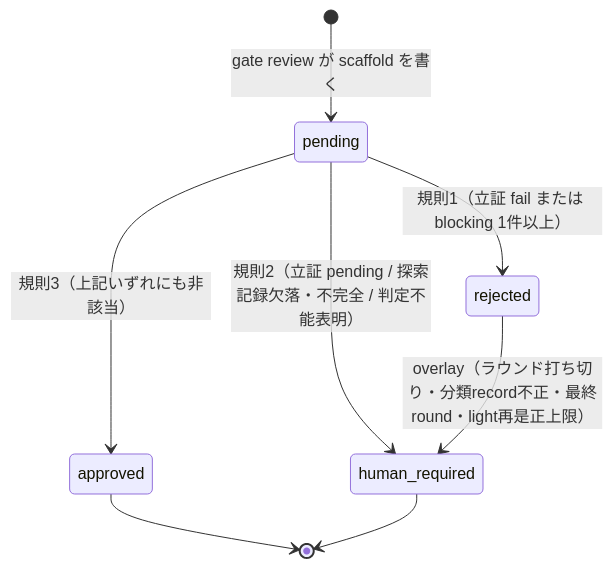
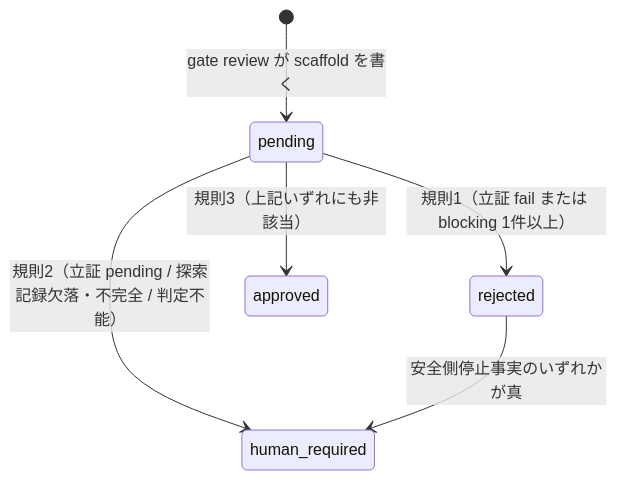
Before and after one commit to techbeansjp-free/AGENTS.md: the second of 2 diagrams in DESIGN.md, drawn with Mermaid. The commit also changed other lines of this file and 2 other files, not shown here.

````diff
--- a/DESIGN.md
+++ b/DESIGN.md
@@ -98,10 +81,8 @@
 ```mermaid
 stateDiagram-v2
   [*] --> pending: gate review が scaffold を書く
   pending --> rejected: 規則1（立証 fail または blocking 1件以上）
-  pending --> human_required: 規則2（立証 pending / 探索記録欠落・不完全 / 判定不能表明）
+  pending --> human_required: 規則2（立証 pending / 探索記録欠落・不完全 / 判定不能）
   pending --> approved: 規則3（上記いずれにも非該当）
-  rejected --> human_required: overlay（ラウンド打ち切り・分類record不正・最終round・light再是正上限）
-  approved --> [*]
-  human_required --> [*]
+  rejected --> human_required: 安全側停止事実のいずれかが真
 ```
````
